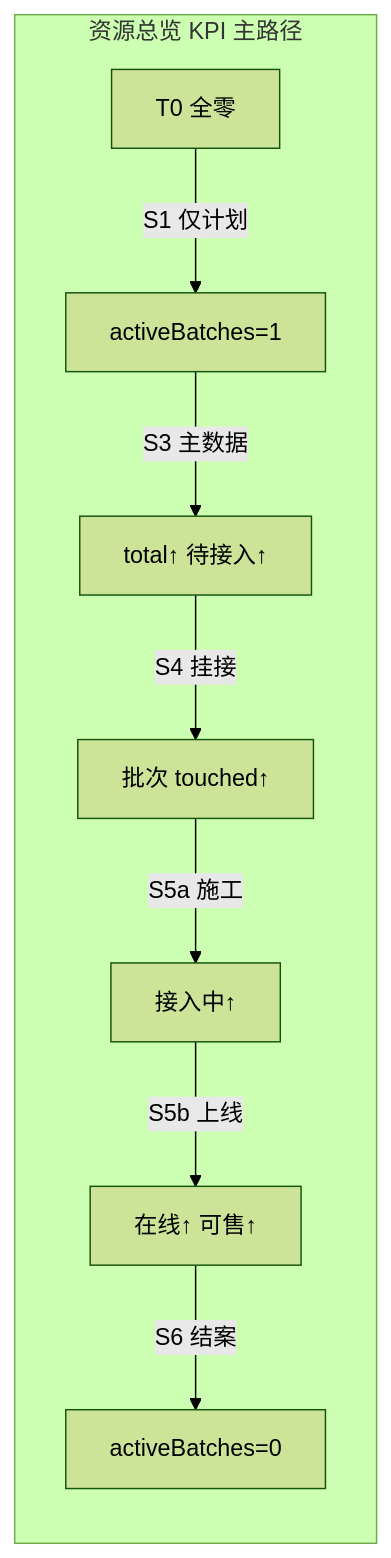
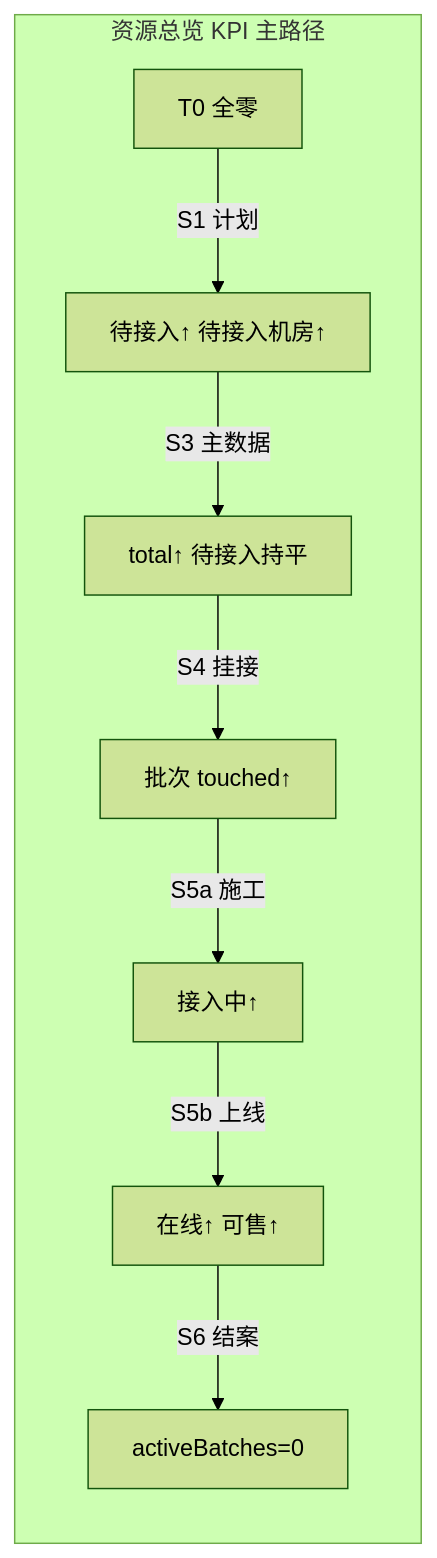
The first of 2 diagrams in apps/web/content/design/supplier-overview-scenarios-from-zero.md (metacode0602/opencomfy-hub), drawn with Mermaid (forest theme) before and after one commit. The commit also changed other lines of this file and 37 other files, not shown here.

````diff
--- a/apps/web/content/design/supplier-overview-scenarios-from-zero.md
+++ b/apps/web/content/design/supplier-overview-scenarios-from-zero.md
@@ -141,11 +219,11 @@
 ```mermaid
 flowchart LR
   subgraph overview [资源总览 KPI 主路径]
-    A[T0 全零] -->|S1 仅计划| B[activeBatches=1]
-    B -->|S3 主数据| C[total↑ 待接入↑]
+    A[T0 全零] -->|S1 计划| B[待接入↑ 待接入机房↑]
+    B -->|S3 主数据| C[total↑ 待接入持平]
     C -->|S4 挂接| D[批次 touched↑]
     D -->|S5a 施工| E[接入中↑]
     E -->|S5b 上线| F[在线↑ 可售↑]
     F -->|S6 结案| G[activeBatches=0]
   end
 ```
````
